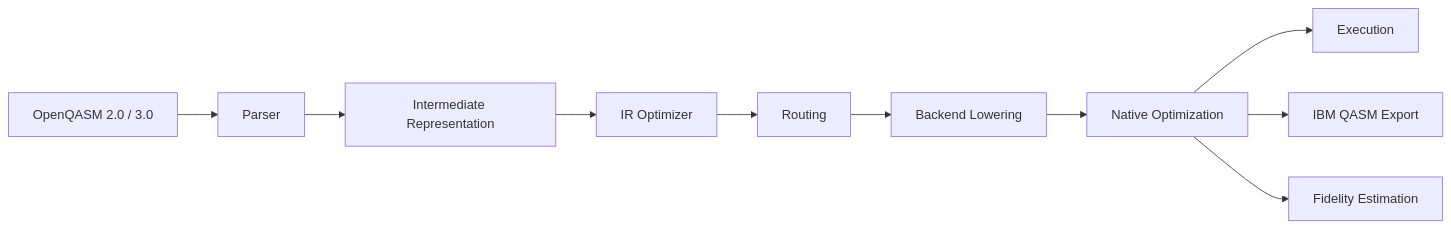
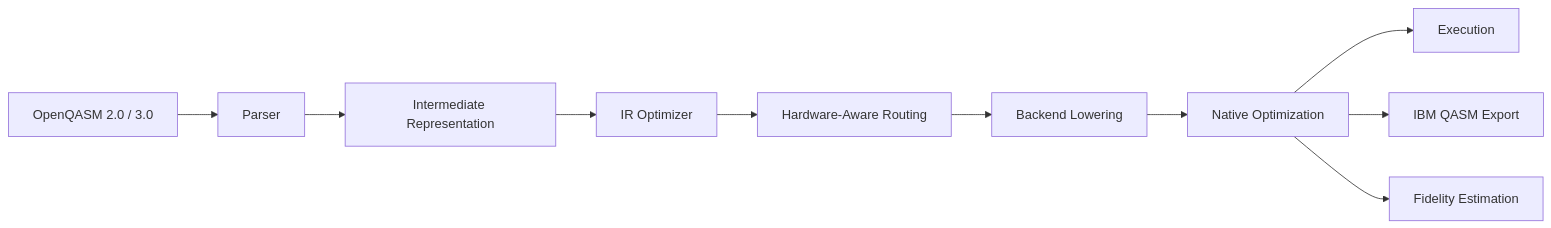
Before and after one commit to sirraya-labs/QuTub-Transpiler: the diagram in docs/README.md, drawn with Mermaid. The commit also changed other lines of this file, not shown here.

````diff
--- a/docs/README.md
+++ b/docs/README.md
@@ -7,12 +48,12 @@
 ```mermaid
 flowchart LR
 A["OpenQASM 2.0 / 3.0"] --> B["Parser"]
 B --> C["Intermediate Representation"]
 C --> D["IR Optimizer"]
-D --> E["Routing"]
+D --> E["Hardware-Aware Routing"]
 E --> F["Backend Lowering"]
 F --> G["Native Optimization"]
 G --> H["Execution"]
 G --> I["IBM QASM Export"]
 G --> J["Fidelity Estimation"]
 ```
````
